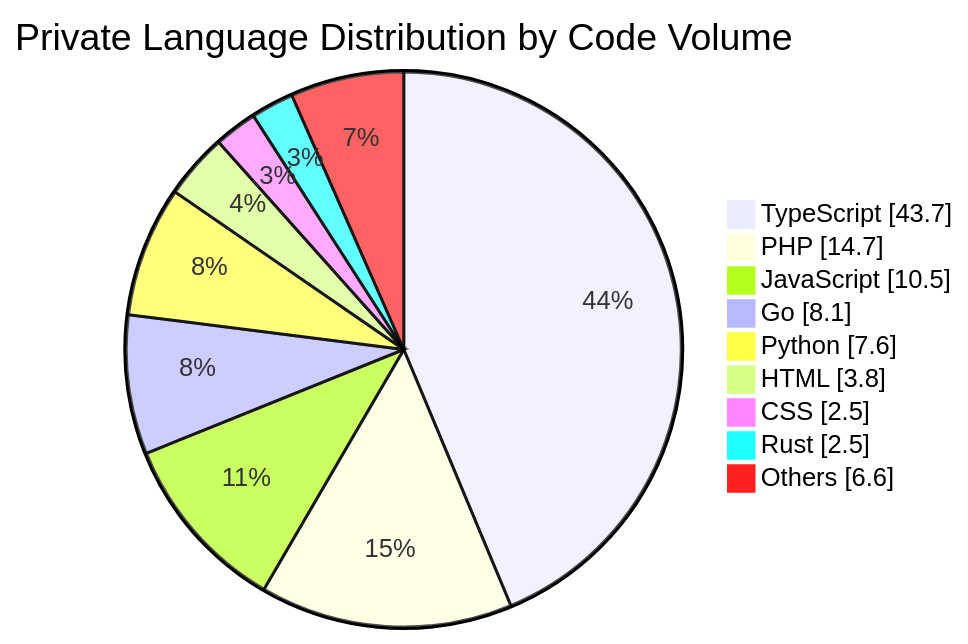
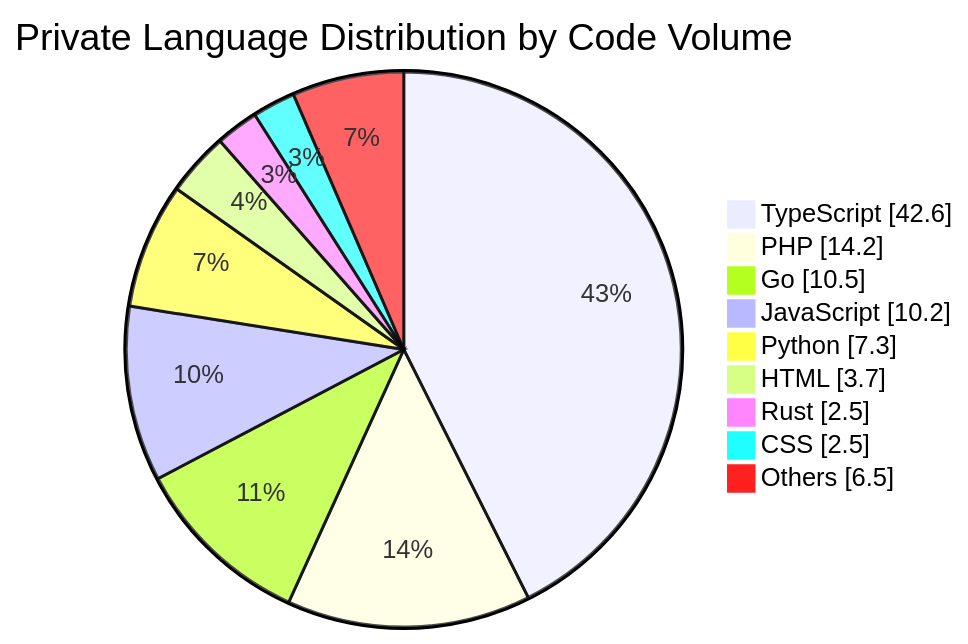
Before and after one commit to Lamy210/Lamy210: the diagram in README.md, drawn with Mermaid. The commit also changed other lines of this file, not shown here.

Commit message:
chore: update private technology summary [skip ci]

````diff
--- a/README.md
+++ b/README.md
@@ -47,13 +47,13 @@
 ```mermaid
 pie showData
     title Private Language Distribution by Code Volume
-    "TypeScript" : 43.7
-    "PHP" : 14.7
-    "JavaScript" : 10.5
-    "Go" : 8.1
-    "Python" : 7.6
-    "HTML" : 3.8
+    "TypeScript" : 42.6
+    "PHP" : 14.2
+    "Go" : 10.5
+    "JavaScript" : 10.2
+    "Python" : 7.3
+    "HTML" : 3.7
+    "Rust" : 2.5
     "CSS" : 2.5
-    "Rust" : 2.5
-    "Others" : 6.6
+    "Others" : 6.5
 ```
````
